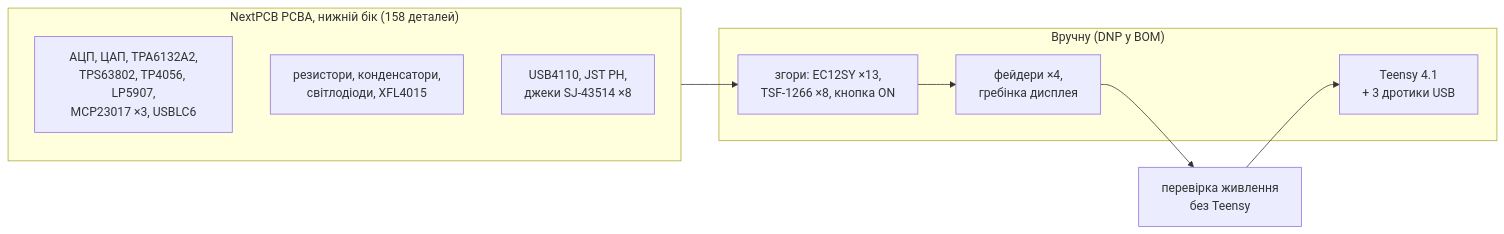
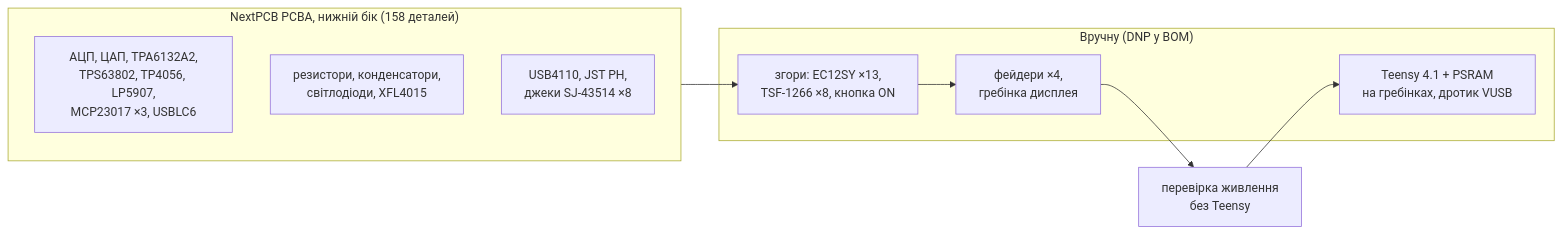
One commit to heartpolik/hardware-pocket-mixer changed the diagram in digital-mixer/docs/05-fab.md. Above: the diagram before and after it, drawn with Mermaid. The commit also changed other lines of this file and 94 other files, not shown here.

First line of the commit message:
digital-mixer: Teensy на гребінках з PSRAM (DM35), прошивка 0.2, GPL-3.0 (DM36)

````diff
--- a/digital-mixer/docs/05-fab.md
+++ b/digital-mixer/docs/05-fab.md
@@ -23,14 +23,14 @@
 ```mermaid
 flowchart LR
     subgraph NP["NextPCB PCBA, нижній бік (158 деталей)"]
         IC["АЦП, ЦАП, TPA6132A2,<br/>TPS63802, TP4056, LP5907,<br/>MCP23017 ×3, USBLC6"]
         PAS["резистори, конденсатори,<br/>світлодіоди, XFL4015"]
         CON["USB4110, JST PH,<br/>джеки SJ-43514 ×8"]
     end
     subgraph HAND["Вручну (DNP у BOM)"]
         TOP["згори: EC12SY ×13,<br/>TSF-1266 ×8, кнопка ON"]
         THT["фейдери ×4,<br/>гребінка дисплея"]
-        T["Teensy 4.1<br/>+ 3 дротики USB"]
+        T["Teensy 4.1 + PSRAM<br/>на гребінках, дротик VUSB"]
     end
     NP --> TOP --> THT --> CHK["перевірка живлення<br/>без Teensy"] --> T
 ```
````
